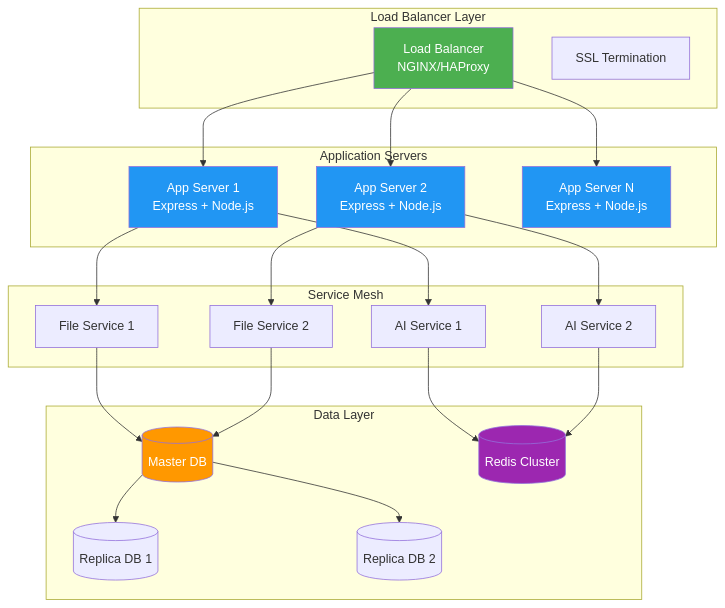
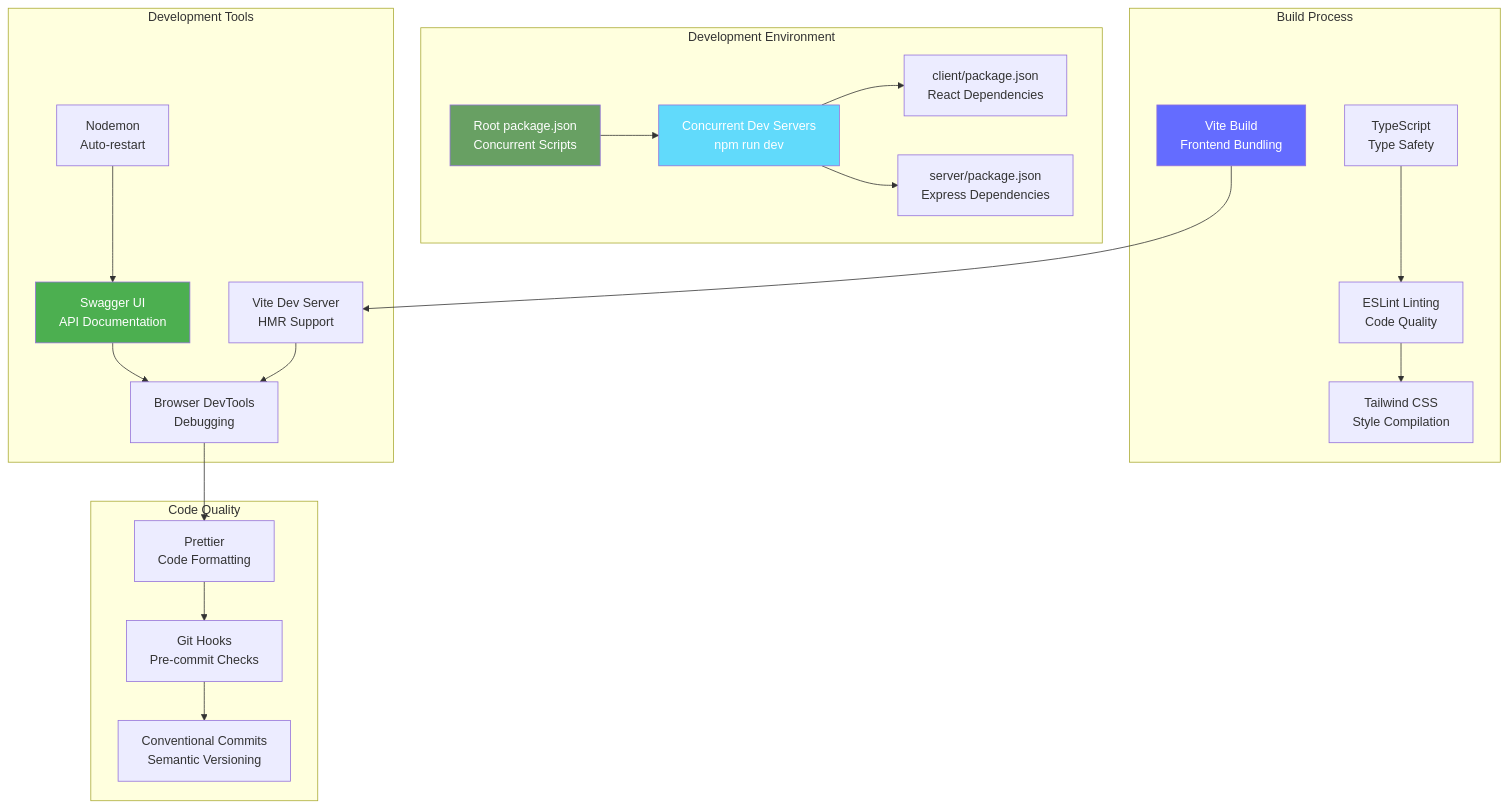
Before and after one commit to nishant-iith/autocode: diagram 11 of 12 in markdown-docs/03-system-architecture.md, drawn with Mermaid. The commit also changed other lines of this file and 5 other files, not shown here.

````diff
--- a/markdown-docs/03-system-architecture.md
+++ b/markdown-docs/03-system-architecture.md
@@ -729,51 +771,51 @@
 ```mermaid
 graph TB
-    subgraph "Load Balancer Layer"
-        LB[Load Balancer<br/>NGINX/HAProxy]
-        SSL[SSL Termination]
+    subgraph "Development Environment"
+        RootPackage[Root package.json<br/>Concurrent Scripts]
+        ClientPackage[client/package.json<br/>React Dependencies]
+        ServerPackage[server/package.json<br/>Express Dependencies]
+        DevServers[Concurrent Dev Servers<br/>npm run dev]
     end
 
-    subgraph "Application Servers"
-        App1[App Server 1<br/>Express + Node.js]
-        App2[App Server 2<br/>Express + Node.js]
-        App3[App Server N<br/>Express + Node.js]
+    subgraph "Build Process"
+        ViteBuild[Vite Build<br/>Frontend Bundling]
+        TypeScript[TypeScript Compilation<br/>Type Checking]
+        ESLint[ESLint Linting<br/>Code Quality]
+        Tailwind[Tailwind CSS<br/>Style Compilation]
     end
 
-    subgraph "Service Mesh"
-        FileService1[File Service 1]
-        FileService2[File Service 2]
-        AIService1[AI Service 1]
-        AIService2[AI Service 2]
+    subgraph "Development Tools"
+        ViteDev[Vite Dev Server<br/>HMR Support]
+        Nodemon[Nodemon<br/>Auto-restart]
+        Swagger[Swagger UI<br/>API Documentation]
+        BrowserDev[Browser DevTools<br/>Debugging]
     end
 
-    subgraph "Data Layer"
-        MasterDB[(Master DB)]
-        ReplicaDB1[(Replica DB 1)]
-        ReplicaDB2[(Replica DB 2)]
-        RedisCluster[(Redis Cluster)]
+    subgraph "Code Quality"
+        Prettier[Prettier<br/>Code Formatting]
+        TypeScript[TypeScript<br/>Type Safety]
+        GitHooks[Git Hooks<br/>Pre-commit Checks]
+        ConventionalCommits[Conventional Commits<br/>Semantic Versioning]
     end
 
-    LB --> App1
-    LB --> App2
-    LB --> App3
+    RootPackage --> DevServers
+    DevServers --> ClientPackage
+    DevServers --> ServerPackage
 
-    App1 --> FileService1
-    App1 --> AIService1
-    App2 --> FileService2
-    App2 --> AIService2
+    ViteBuild --> ViteDev
+    TypeScript --> ESLint
+    ESLint --> Tailwind
 
-    FileService1 --> MasterDB
-    FileService2 --> MasterDB
-    AIService1 --> RedisCluster
-    AIService2 --> RedisCluster
+    ViteDev --> BrowserDev
+    Nodemon --> Swagger
+    Swagger --> BrowserDev
 
-    MasterDB --> ReplicaDB1
-    MasterDB --> ReplicaDB2
+    BrowserDev --> Prettier
+    Prettier --> GitHooks
+    GitHooks --> ConventionalCommits
 
-    style LB fill:#4CAF50,color:#fff
-    style App1 fill:#2196F3,color:#fff
-    style App2 fill:#2196F3,color:#fff
-    style App3 fill:#2196F3,color:#fff
-    style MasterDB fill:#FF9800,color:#fff
-    style RedisCluster fill:#9C27B0,color:#fff
+    style RootPackage fill:#68A063,color:#fff
+    style DevServers fill:#61DAFB,color:#fff
+    style ViteBuild fill:#646CFF,color:#fff
+    style Swagger fill:#4CAF50,color:#fff
 ```
````
